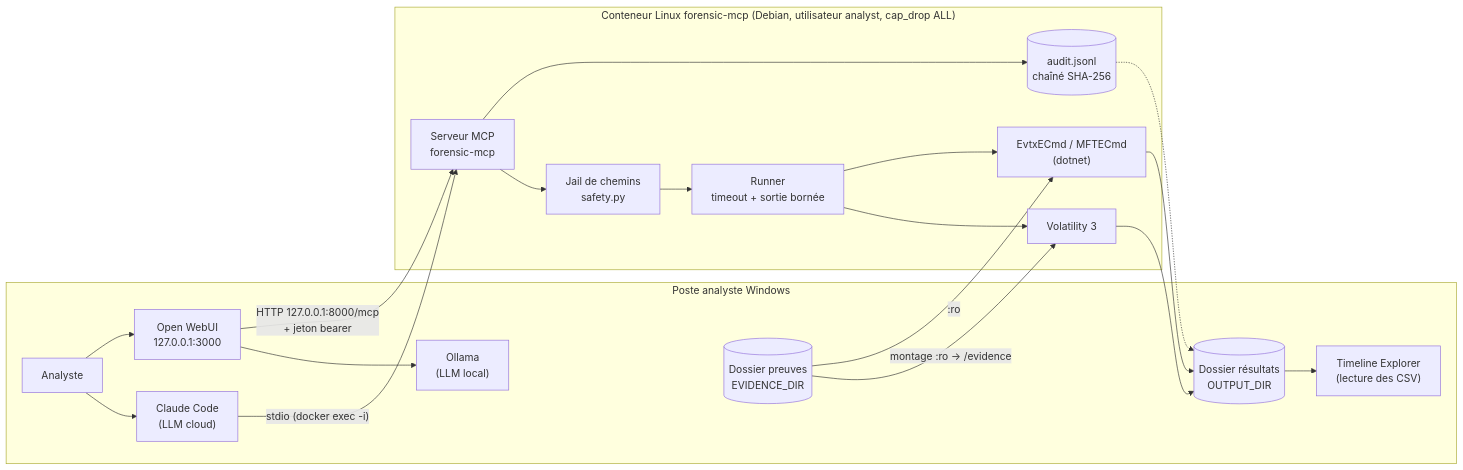
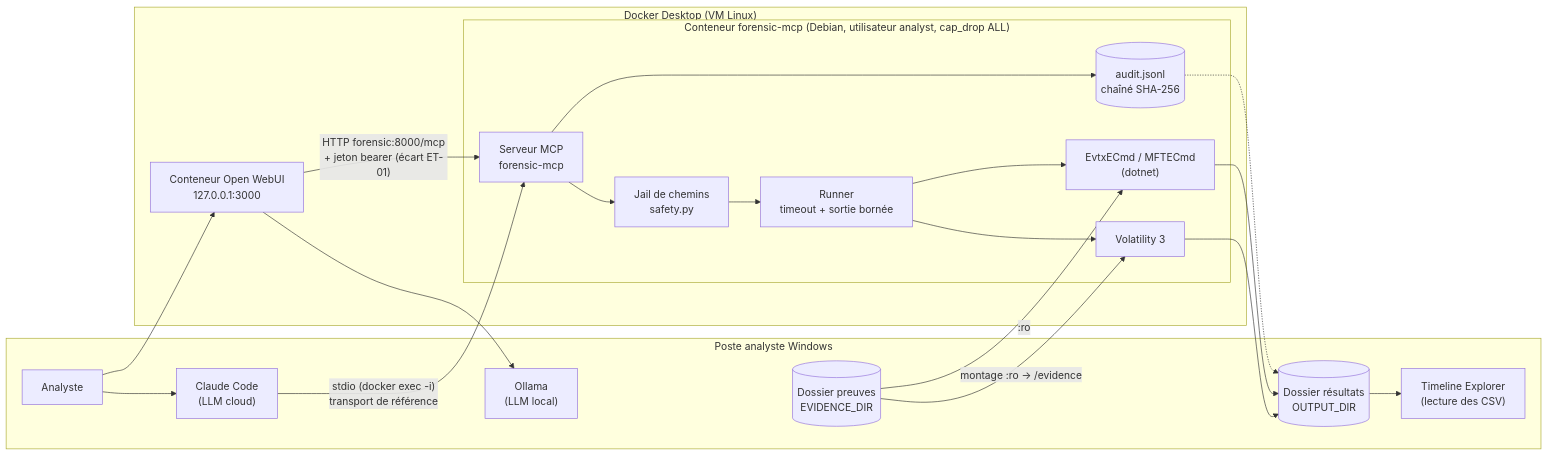
Before and after one commit to broxcat/mcp-forensique: the first of 2 diagrams in docs/L2_architecture.md, drawn with Mermaid. The commit also changed other lines of this file and 3 other files, not shown here.

First line of the commit message:
Task 2.2: L2 guardrails matrix, audit journal design, Docker and ET-01 deviation

````diff
--- a/docs/L2_architecture.md
+++ b/docs/L2_architecture.md
@@ -29,35 +31,37 @@
 ```mermaid
 flowchart LR
   subgraph PC["Poste analyste Windows"]
     A["Analyste"]
     CC["Claude Code<br/>(LLM cloud)"]
-    OW["Open WebUI<br/>127.0.0.1:3000"]
     OL["Ollama<br/>(LLM local)"]
     EV[("Dossier preuves<br/>EVIDENCE_DIR")]
     OUT[("Dossier résultats<br/>OUTPUT_DIR")]
     TE["Timeline Explorer<br/>(lecture des CSV)"]
   end
-  subgraph CT["Conteneur Linux forensic-mcp (Debian, utilisateur analyst, cap_drop ALL)"]
-    S["Serveur MCP<br/>forensic-mcp"]
-    J["Jail de chemins<br/>safety.py"]
-    R["Runner<br/>timeout + sortie bornée"]
-    V3["Volatility 3"]
-    EZ["EvtxECmd / MFTECmd<br/>(dotnet)"]
-    AU[("audit.jsonl<br/>chaîné SHA-256")]
+  subgraph DD["Docker Desktop (VM Linux)"]
+    subgraph CT["Conteneur forensic-mcp (Debian, utilisateur analyst, cap_drop ALL)"]
+      S["Serveur MCP<br/>forensic-mcp"]
+      J["Jail de chemins<br/>safety.py"]
+      R["Runner<br/>timeout + sortie bornée"]
+      V3["Volatility 3"]
+      EZ["EvtxECmd / MFTECmd<br/>(dotnet)"]
+      AU[("audit.jsonl<br/>chaîné SHA-256")]
+    end
+    OW["Conteneur Open WebUI<br/>127.0.0.1:3000"]
   end
   A --> CC
   A --> OW
   OW --> OL
-  CC -- "stdio (docker exec -i)" --> S
-  OW -- "HTTP 127.0.0.1:8000/mcp<br/>+ jeton bearer" --> S
+  CC -- "stdio (docker exec -i)<br/>transport de référence" --> S
+  OW -- "HTTP forensic:8000/mcp<br/>+ jeton bearer (écart ET-01)" --> S
   S --> J --> R
   R --> V3
   R --> EZ
   EV -- "montage :ro → /evidence" --> V3
   EV -- ":ro" --> EZ
   V3 --> OUT
   EZ --> OUT
   S --> AU
   AU -.-> OUT
   OUT --> TE
 ```
````
